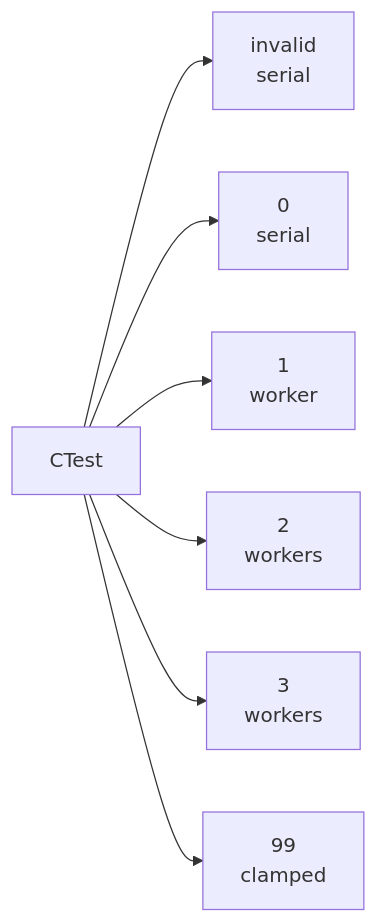
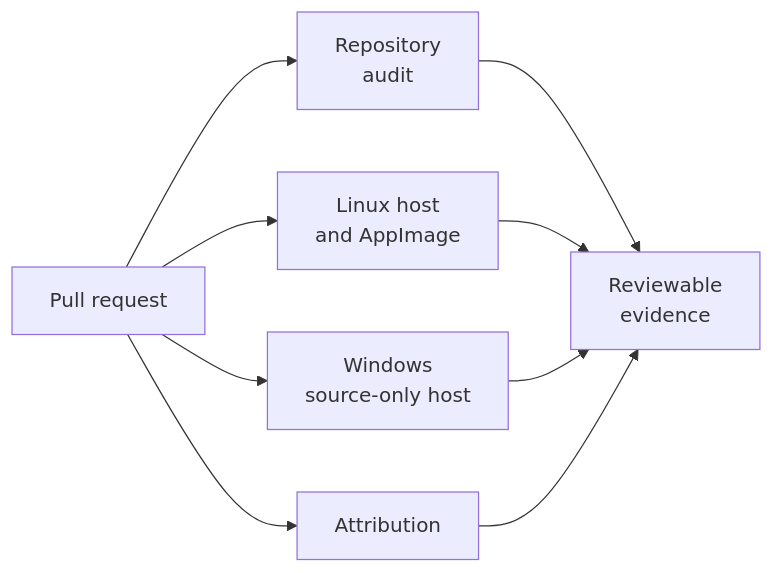
One commit to irregularthanis/bluewake changed the third of 3 diagrams in docs/architecture/Testing.md. Above: the diagram before and after it, drawn with Mermaid. The commit also changed other lines of this file and 2 other files, not shown here.

Commit message:
docs: broaden test architecture guide

````diff
--- a/docs/architecture/Testing.md
+++ b/docs/architecture/Testing.md
@@ -194,9 +316,14 @@
 ```mermaid
 flowchart LR
-    CTest["CTest"] --> Invalid["invalid<br>serial"]
-    CTest --> Zero["0<br>serial"]
-    CTest --> One["1<br>worker"]
-    CTest --> Two["2<br>workers"]
-    CTest --> Three["3<br>workers"]
-    CTest --> Clamp["99<br>clamped"]
+    PR["Pull request"]
+    Repo["Repository<br>audit"]
+    Linux["Linux host<br>and AppImage"]
+    Windows["Windows<br>source-only host"]
+    Attribution["Attribution"]
+    Merge["Reviewable<br>evidence"]
+
+    PR --> Repo --> Merge
+    PR --> Linux --> Merge
+    PR --> Windows --> Merge
+    PR --> Attribution --> Merge
 ```
````
